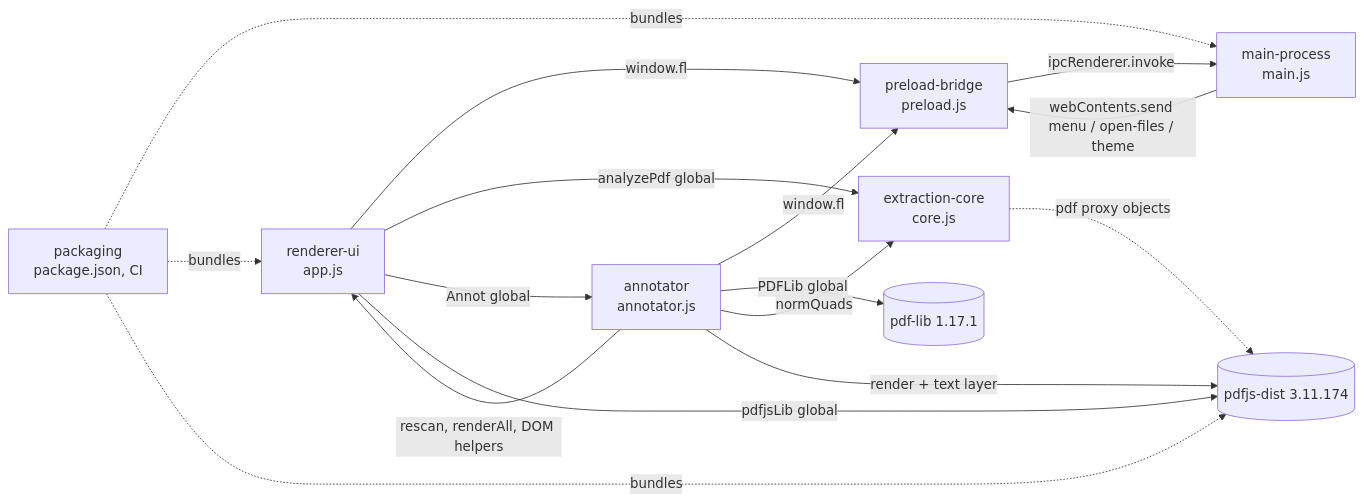
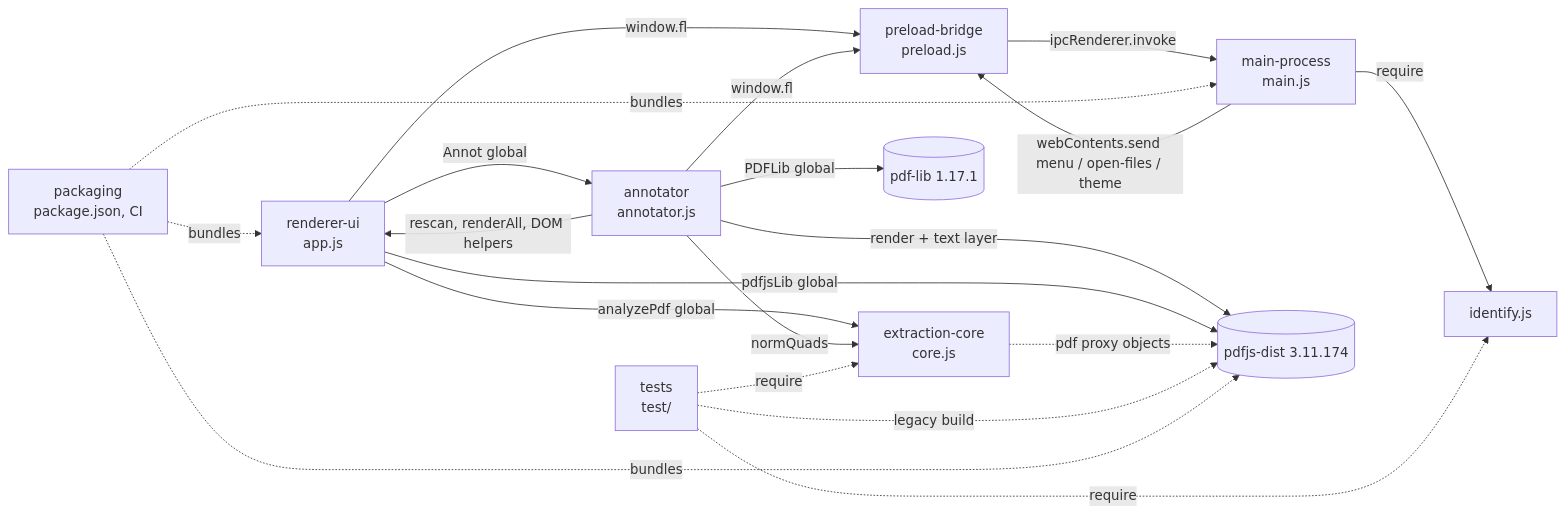
One commit to Lefarious/Faelights changed the diagram in docs/atlas/ATLAS.md. Above: the diagram before and after it, drawn with Mermaid. The commit also changed other lines of this file and 7 other files, not shown here.

````diff
--- a/docs/atlas/ATLAS.md
+++ b/docs/atlas/ATLAS.md
@@ -22,16 +23,19 @@
 ```mermaid
 graph LR
   UI[renderer-ui<br/>app.js] -->|window.fl| PRE[preload-bridge<br/>preload.js]
   PRE -->|ipcRenderer.invoke| MAIN[main-process<br/>main.js]
   MAIN -->|webContents.send menu / open-files / theme| PRE
   UI -->|analyzePdf global| CORE[extraction-core<br/>core.js]
   UI -->|Annot global| ANN[annotator<br/>annotator.js]
   ANN -->|rescan, renderAll, DOM helpers| UI
   ANN -->|window.fl| PRE
   ANN -->|PDFLib global| PDFLIB[(pdf-lib 1.17.1)]
   ANN -->|normQuads| CORE
   ANN -->|render + text layer| PDFJS
   UI -->|pdfjsLib global| PDFJS[(pdfjs-dist 3.11.174)]
   CORE -.->|pdf proxy objects| PDFJS
+  MAIN -->|require| ID[identify.js]
+  TEST[tests<br/>test/] -.->|require| CORE & ID
+  TEST -.->|legacy build| PDFJS
   PKG[packaging<br/>package.json, CI] -.->|bundles| MAIN & UI & PDFJS
 ```
````
